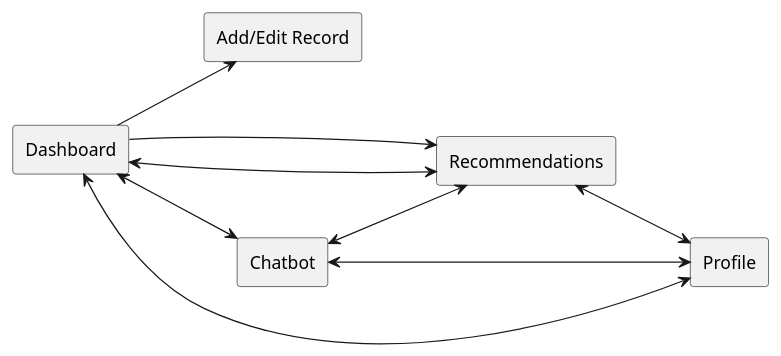
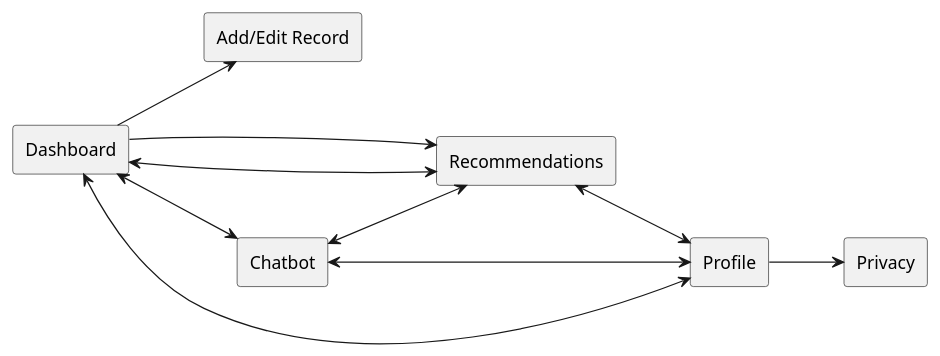
The second of 2 diagrams in docs/specs/07-plan-android-ui-flows.md (SA62-team4/mobile-application-dev-ca), drawn with PlantUML before and after one commit. The commit also changed other lines of this file and 14 other files, not shown here.

````diff
--- a/docs/specs/07-plan-android-ui-flows.md
+++ b/docs/specs/07-plan-android-ui-flows.md
@@ -141,20 +141,22 @@
 ```plantuml
 @startuml
 left to right direction
 
 rectangle "Dashboard" as Dashboard
 rectangle "Add/Edit Record" as Record
 rectangle "Chatbot" as Chat
 rectangle "Recommendations" as Recs
 rectangle "Profile" as Profile
+rectangle "Privacy" as Privacy
 
 Dashboard <--> Chat
 Dashboard <--> Recs
 Dashboard <--> Profile
 Chat <--> Recs
 Chat <--> Profile
 Recs <--> Profile
 Dashboard --> Record
 Dashboard --> Recs
+Profile --> Privacy
 @enduml
 ```
````
